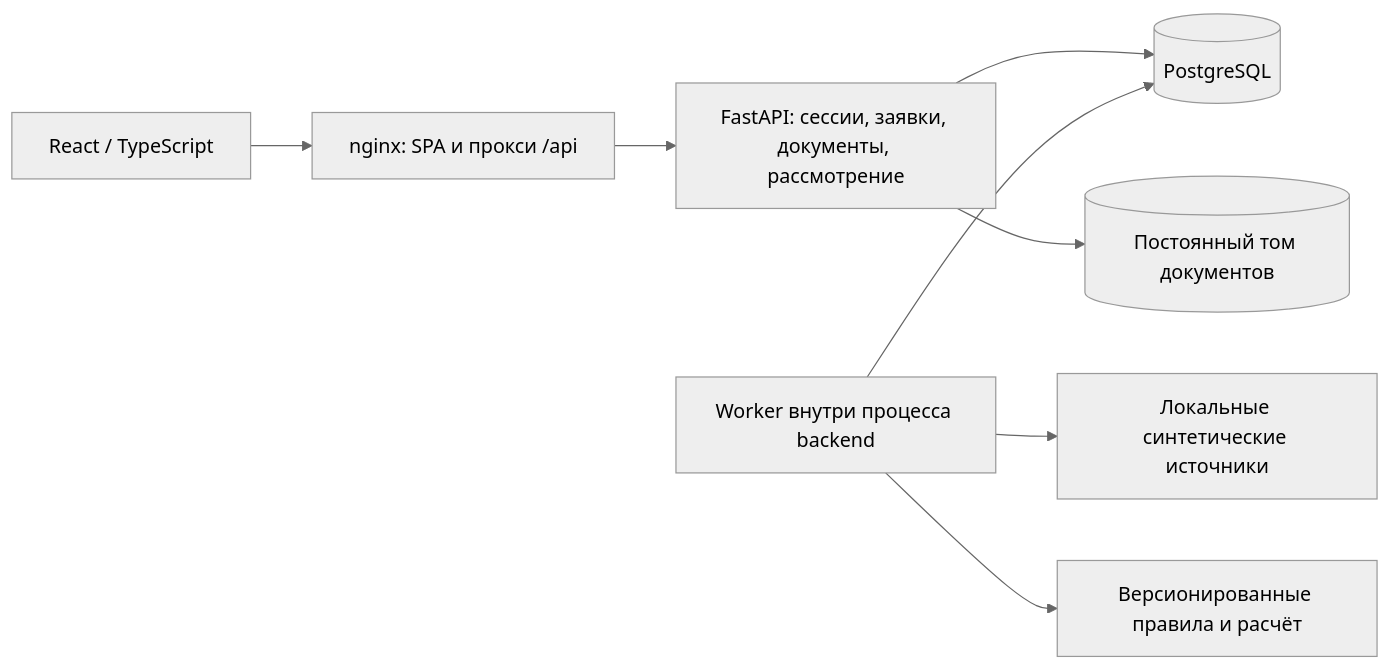
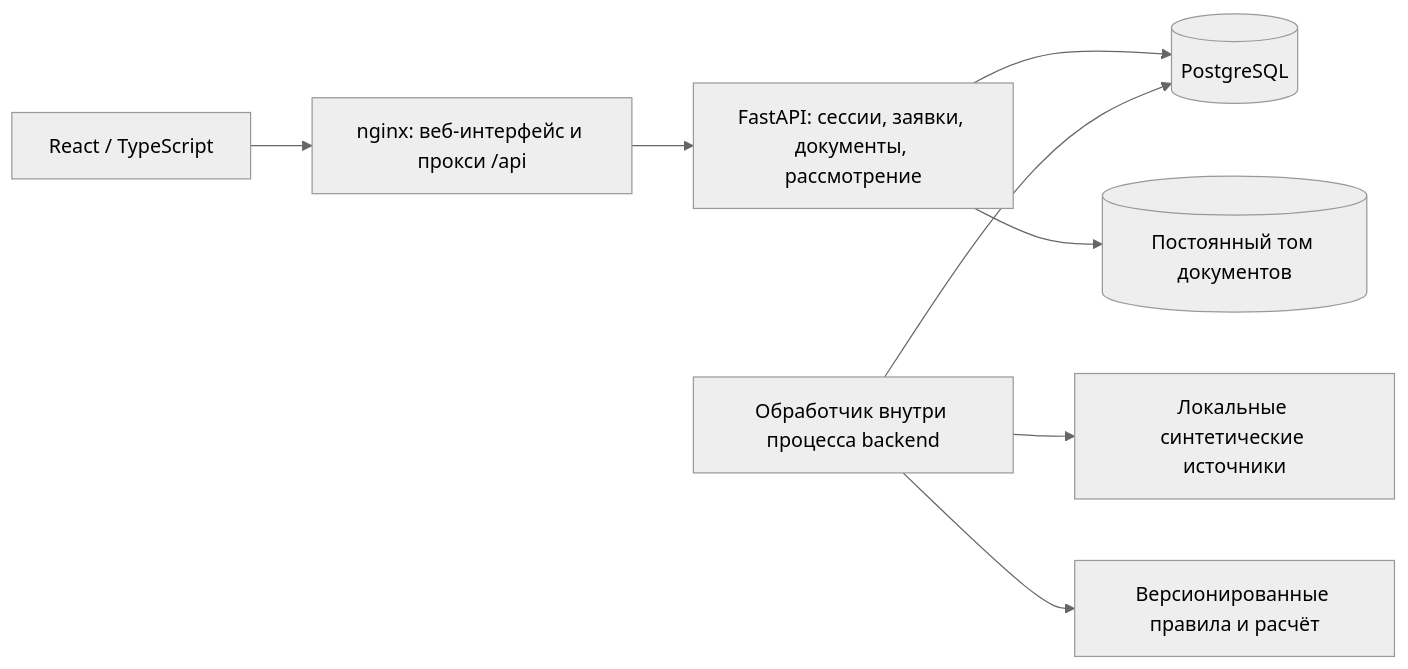
Before and after one commit to L3iHS/alfa-hack-smart-credit-cabinet: the first of 3 diagrams in docs/architecture.md, drawn with Mermaid (neutral theme). The commit also changed other lines of this file and 1 other file, not shown here.

Commit message:
Align submission actions and clarify architecture diagrams

````diff
--- a/docs/architecture.md
+++ b/docs/architecture.md
@@ -7,10 +7,10 @@
 ```mermaid
 flowchart LR
-    Browser[React / TypeScript] --> Nginx[nginx: SPA и прокси /api]
+    Browser[React / TypeScript] --> Nginx[nginx: веб-интерфейс и прокси /api]
     Nginx --> API[FastAPI: сессии, заявки, документы, рассмотрение]
     API --> DB[(PostgreSQL)]
     API --> Files[(Постоянный том документов)]
-    Worker[Worker внутри процесса backend] --> DB
+    Worker[Обработчик внутри процесса backend] --> DB
     Worker --> Providers[Локальные синтетические источники]
     Worker --> Rules[Версионированные правила и расчёт]
 ```
````
